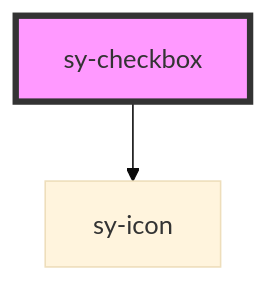
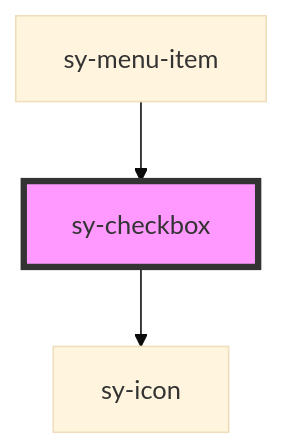
Before and after one commit to ksrae/saida-design-system-components: the diagram in design-system-light/src/components/checkbox/readme.md, drawn with Mermaid (base theme). The commit also changed other lines of this file and 121 other files, not shown here.

````diff
--- a/design-system-light/src/components/checkbox/readme.md
+++ b/design-system-light/src/components/checkbox/readme.md
@@ -100,5 +104,6 @@
 ```mermaid
 graph TD;
   sy-checkbox --> sy-icon
+  sy-menu-item --> sy-checkbox
   style sy-checkbox fill:#f9f,stroke:#333,stroke-width:4px
 ```
````
